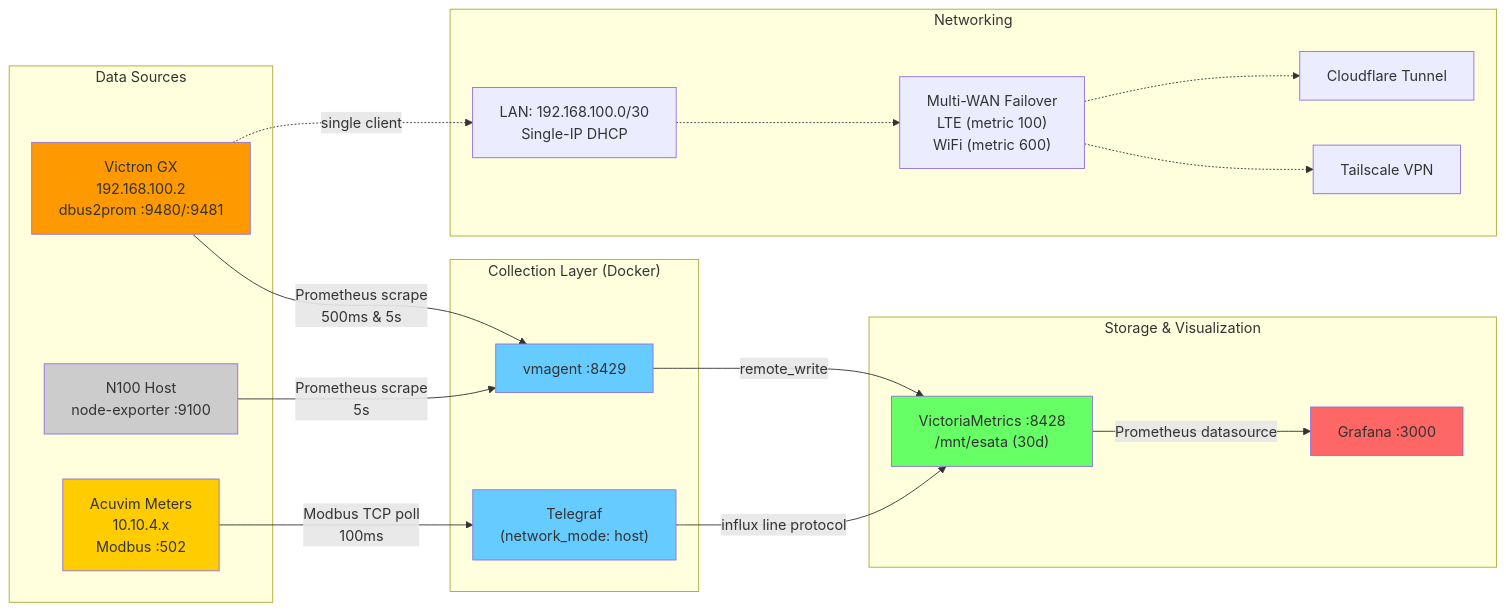
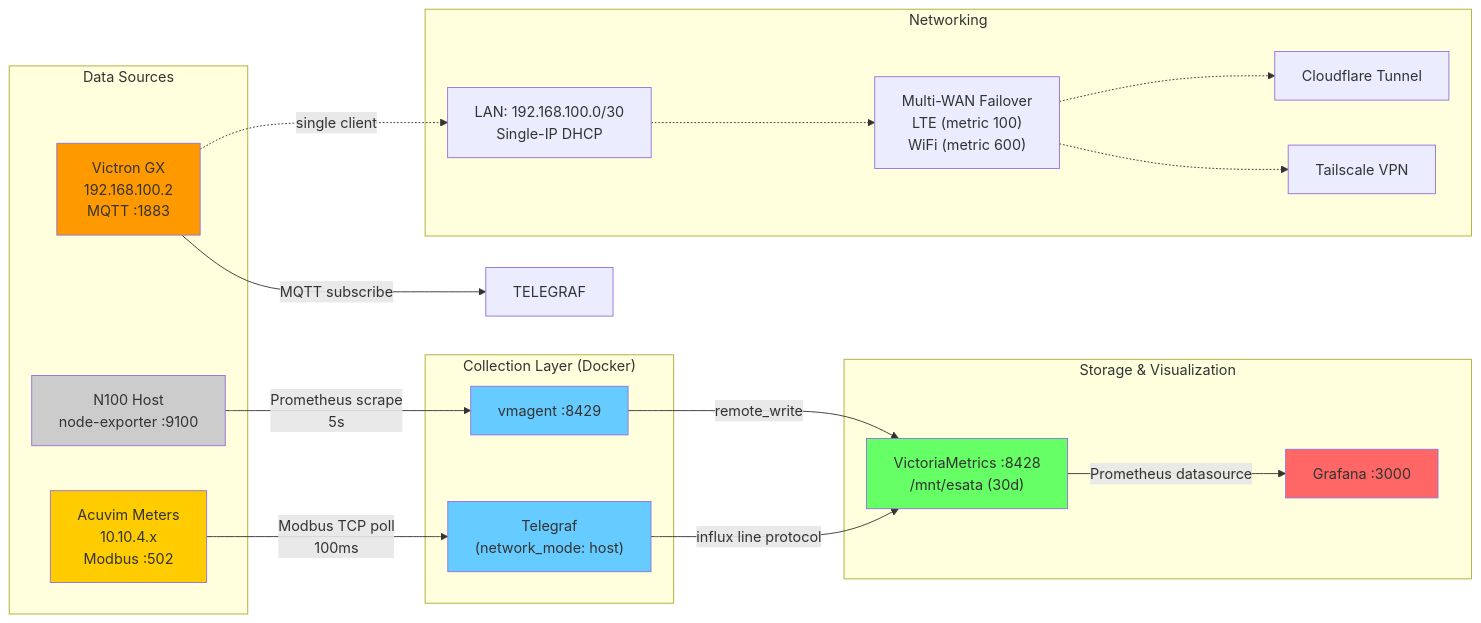
Before and after one commit to overdrive-dev-sean/ovr-tele: the diagram in docs/design/DIAGRAM_PROMPT.md, drawn with Mermaid. The commit also changed other lines of this file and 13 other files, not shown here.

````diff
--- a/docs/design/DIAGRAM_PROMPT.md
+++ b/docs/design/DIAGRAM_PROMPT.md
@@ -156,47 +156,47 @@
 ```mermaid
 graph LR
     subgraph Sources["Data Sources"]
-        GX["Victron GX<br/>192.168.100.2<br/>dbus2prom :9480/:9481"]
+        GX["Victron GX<br/>192.168.100.2<br/>MQTT :1883"]
         ACU["Acuvim Meters<br/>10.10.4.x<br/>Modbus :502"]
         NODE["N100 Host<br/>node-exporter :9100"]
     end
     
     subgraph Collection["Collection Layer (Docker)"]
         VMAGENT["vmagent :8429"]
         TELE["Telegraf<br/>(network_mode: host)"]
     end
     
     subgraph Storage["Storage & Visualization"]
         VM["VictoriaMetrics :8428<br/>/mnt/esata (30d)"]
         GRAF["Grafana :3000"]
     end
     
     subgraph Network["Networking"]
         LAN["LAN: 192.168.100.0/30<br/>Single-IP DHCP"]
         WAN["Multi-WAN Failover<br/>LTE (metric 100)<br/>WiFi (metric 600)"]
         CF["Cloudflare Tunnel"]
         TS["Tailscale VPN"]
     end
     
-    GX -->|"Prometheus scrape<br/>500ms & 5s"| VMAGENT
+    GX -->|"MQTT subscribe"| TELEGRAF
     ACU -->|"Modbus TCP poll<br/>100ms"| TELE
     NODE -->|"Prometheus scrape<br/>5s"| VMAGENT
     
     VMAGENT -->|"remote_write"| VM
     TELE -->|"influx line protocol"| VM
     
     VM -->|"Prometheus datasource"| GRAF
     
     GX -.->|"single client"| LAN
     LAN -.-> WAN
     WAN -.-> CF
     WAN -.-> TS
     
     style GX fill:#ff9900
     style ACU fill:#ffcc00
     style NODE fill:#cccccc
     style VMAGENT fill:#66ccff
     style TELE fill:#66ccff
     style VM fill:#66ff66
     style GRAF fill:#ff6666
 ```
````
